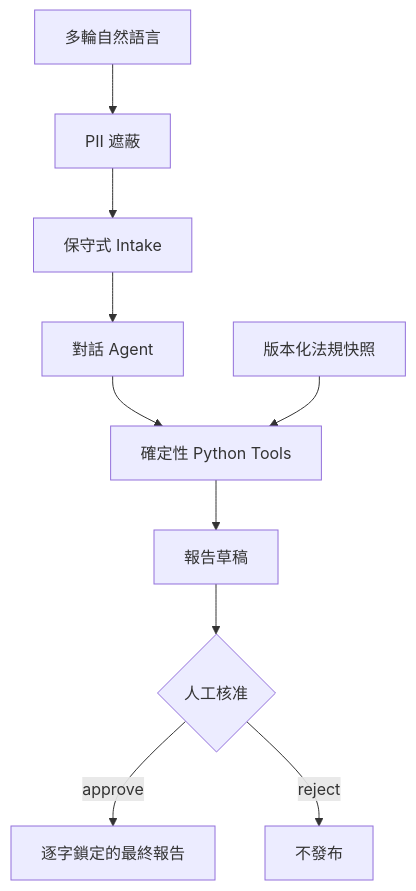
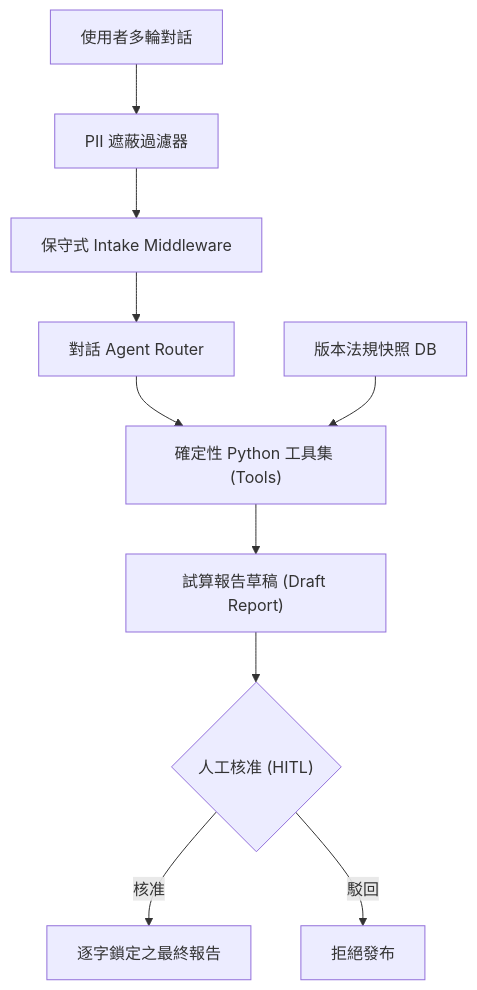
Before and after one commit to kuotunyu/ltc-benefit-agent: the diagram in README.md, drawn with Mermaid. The commit also changed other lines of this file and 1 other file, not shown here.

Commit message:
docs: overhaul README with clean vertical flowchart and update .gitignore for security

````diff
--- a/README.md
+++ b/README.md
@@ -37,12 +33,12 @@
 ```mermaid
 flowchart TD
-    U["多輪自然語言"] --> P["PII 遮蔽"]
-    P --> I["保守式 Intake"]
-    I --> A["對話 Agent"]
-    A --> T["確定性 Python Tools"]
-    T --> D["報告草稿"]
-    D --> H{"人工核准"}
-    H -- approve --> R["逐字鎖定的最終報告"]
-    H -- reject --> X["不發布"]
-    S["版本化法規快照"] --> T
+    U["使用者多輪對話"] --> P["PII 遮蔽過濾器"]
+    P --> I["保守式 Intake Middleware"]
+    I --> A["對話 Agent Router"]
+    A --> T["確定性 Python 工具集 (Tools)"]
+    T --> D["試算報告草稿 (Draft Report)"]
+    D --> H{"人工核准 (HITL)"}
+    H -- 核准 --> R["逐字鎖定之最終報告"]
+    H -- 駁回 --> X["拒絕發布"]
+    S["版本法規快照 DB"] --> T
 ```
````
